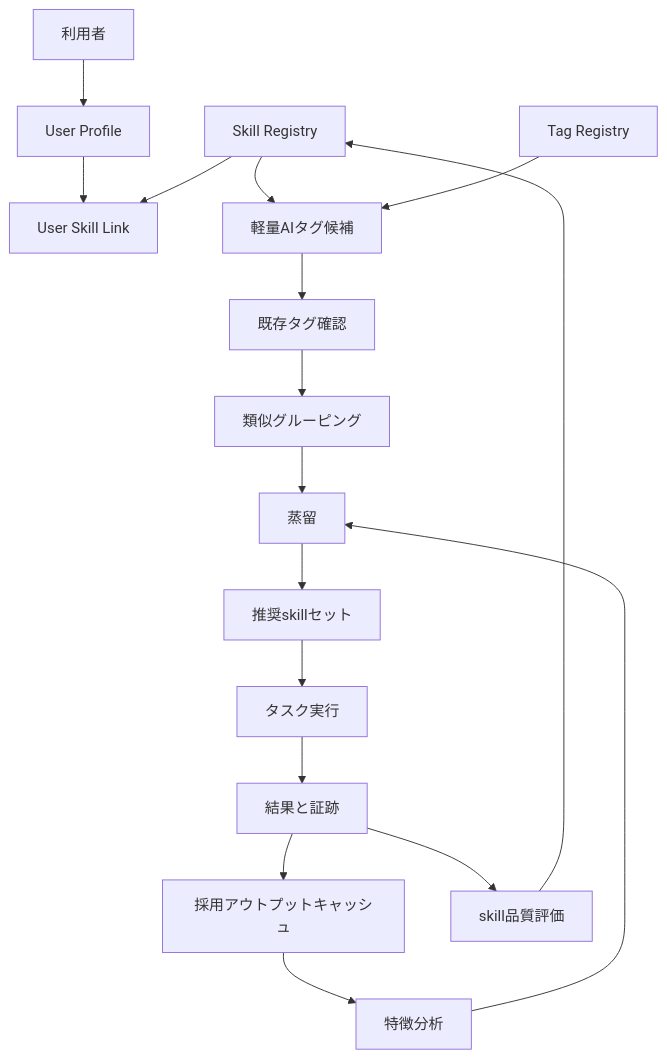
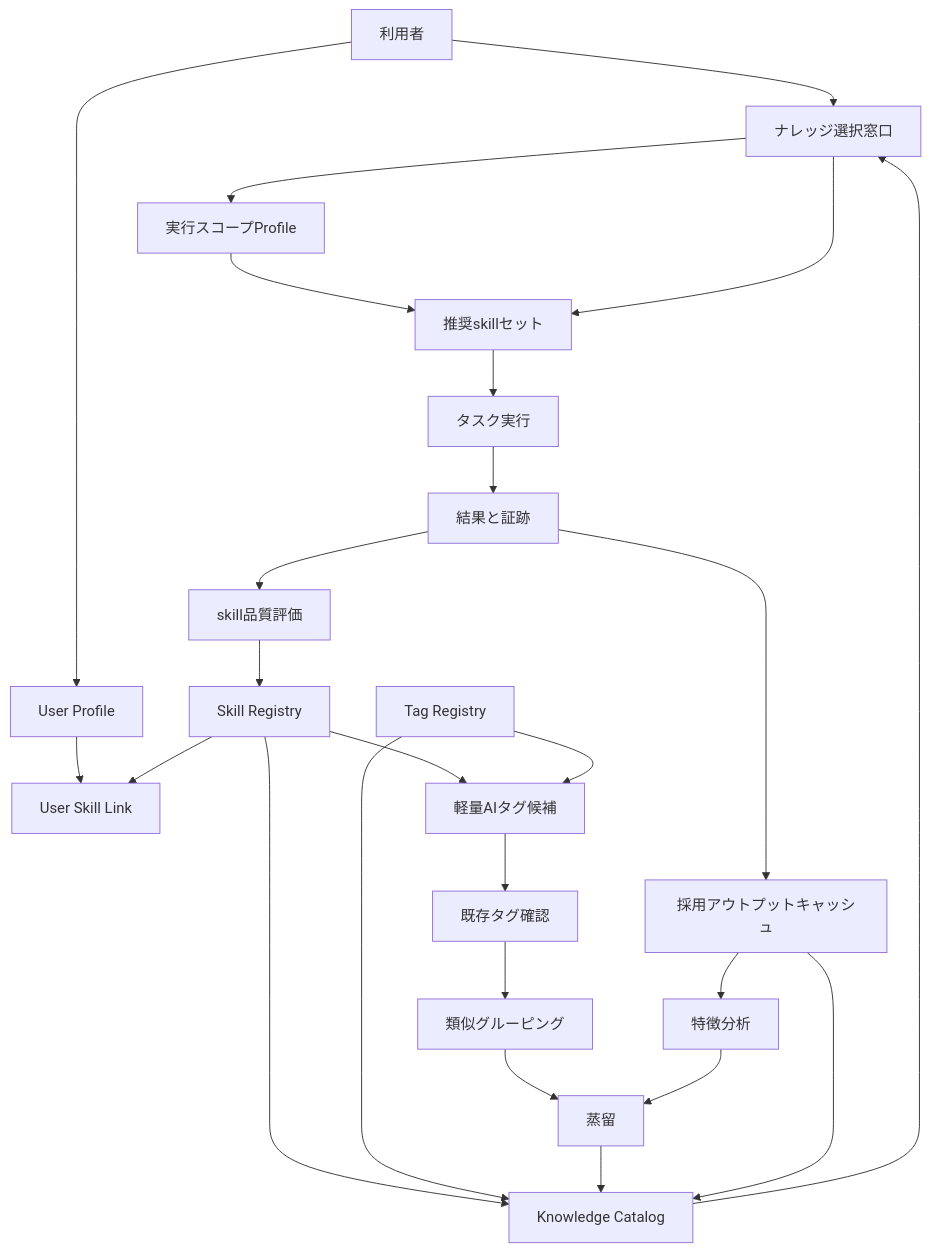
One commit to schro-cat-dev/torisetsu changed the diagram in internal_refs/ai_experiment_scopes/skill_orchestration_harness/team-centralized-harness-system-design.md. Above: the diagram before and after it, drawn with Mermaid. The commit also changed other lines of this file and 2 other files, not shown here.

Commit message:
Add team harness knowledge selection design

````diff
--- a/internal_refs/ai_experiment_scopes/skill_orchestration_harness/team-centralized-harness-system-design.md
+++ b/internal_refs/ai_experiment_scopes/skill_orchestration_harness/team-centralized-harness-system-design.md
@@ -40,19 +48,27 @@
 ```mermaid
 flowchart TD
   User["利用者"] --> UserProfile["User Profile"]
+  User --> SelectionPanel["ナレッジ選択窓口"]
+  KnowledgeCatalog["Knowledge Catalog"] --> SelectionPanel
+  SelectionPanel --> ScopeProfile["実行スコープProfile"]
   UserProfile --> SkillLink["User Skill Link"]
   SkillRegistry["Skill Registry"] --> SkillLink
+  SkillRegistry --> KnowledgeCatalog
   SkillRegistry --> Tagging["軽量AIタグ候補"]
   TagRegistry["Tag Registry"] --> Tagging
+  TagRegistry --> KnowledgeCatalog
   Tagging --> TagCheck["既存タグ確認"]
   TagCheck --> Grouping["類似グルーピング"]
   Grouping --> Distillation["蒸留"]
-  Distillation --> RecommendedSet["推奨skillセット"]
+  Distillation --> KnowledgeCatalog
+  ScopeProfile --> RecommendedSet["推奨skillセット"]
+  SelectionPanel --> RecommendedSet
   RecommendedSet --> TaskRun["タスク実行"]
   TaskRun --> Evidence["結果と証跡"]
   Evidence --> AcceptedCache["採用アウトプットキャッシュ"]
   AcceptedCache --> PatternAnalysis["特徴分析"]
   PatternAnalysis --> Distillation
+  AcceptedCache --> KnowledgeCatalog
   Evidence --> SkillScore["skill品質評価"]
   SkillScore --> SkillRegistry
 ```
````
